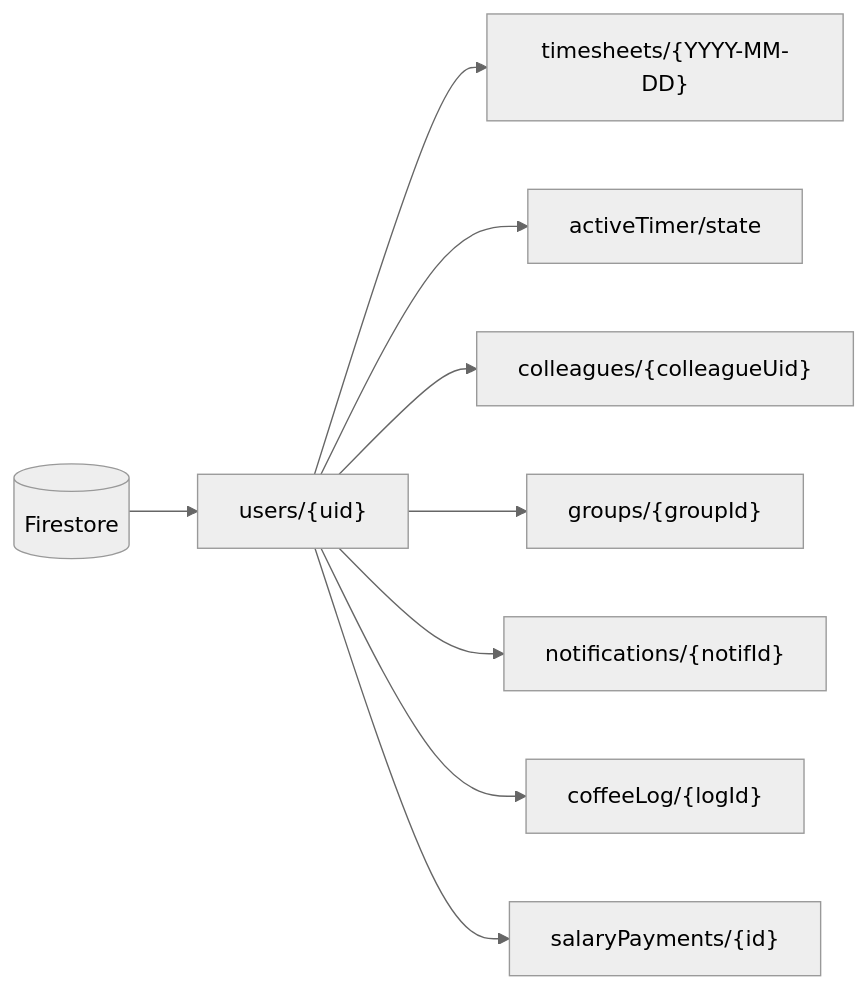
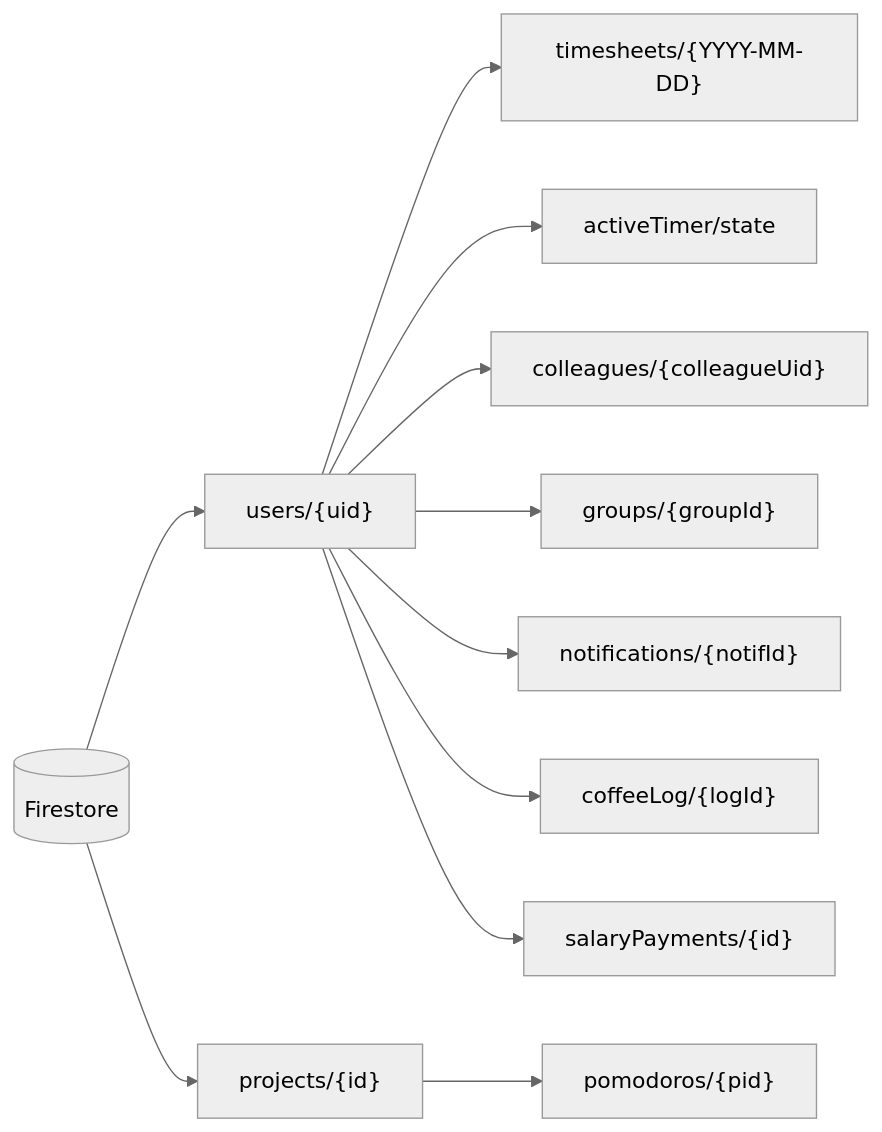
One commit to marcocipriani/chigio_time changed the diagram in docs/architecture/persistence.md. Above: the diagram before and after it, drawn with Mermaid (neutral theme). The commit also changed other lines of this file and 8 other files, not shown here.

Commit message:
docs: wiki + ROADMAP for 2026-06-23 batch; integrate ex backlog.md

````diff
--- a/docs/architecture/persistence.md
+++ b/docs/architecture/persistence.md
@@ -21,11 +21,13 @@
 ```mermaid
 flowchart LR
     R[(Firestore)] --> U["users/{uid}"]
     U --> TS["timesheets/{YYYY-MM-DD}"]
     U --> AT["activeTimer/state"]
     U --> COL["colleagues/{colleagueUid}"]
     U --> GRP["groups/{groupId}"]
     U --> NOT["notifications/{notifId}"]
     U --> LOG["coffeeLog/{logId}"]
     U --> SAL["salaryPayments/{id}"]
+    R --> PRJ["projects/{id}"]
+    PRJ --> POM["pomodoros/{pid}"]
 ```
````
